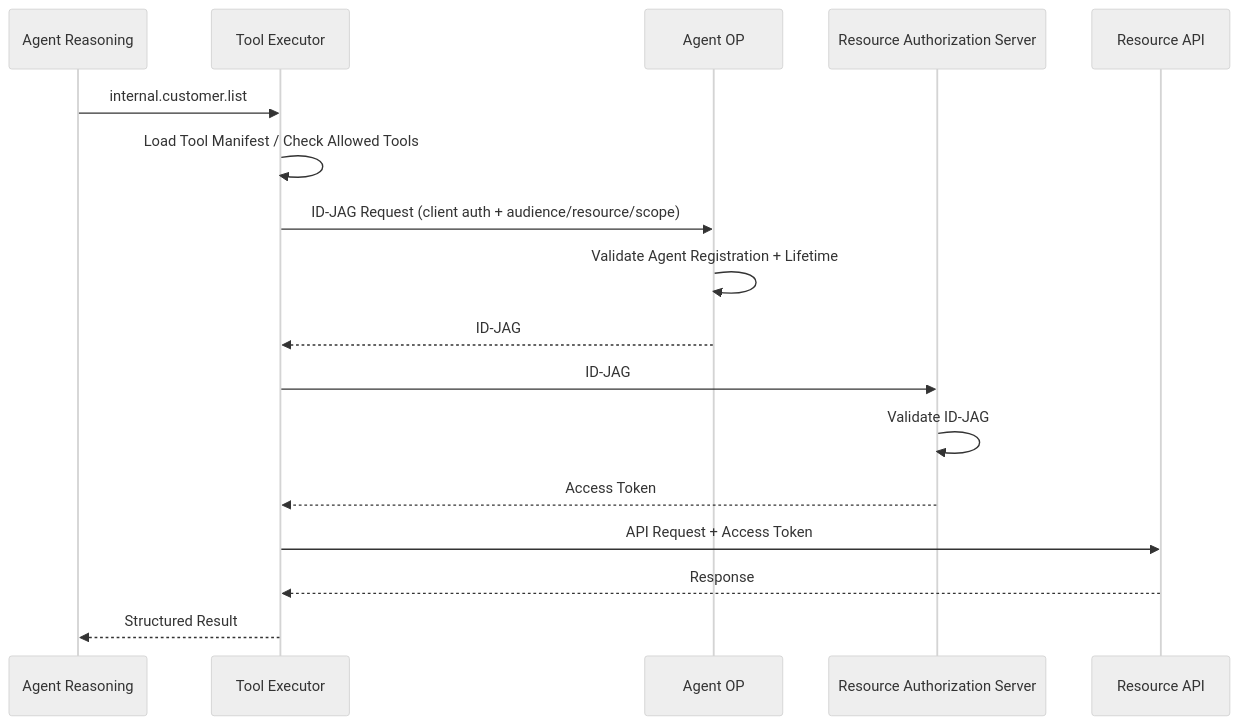
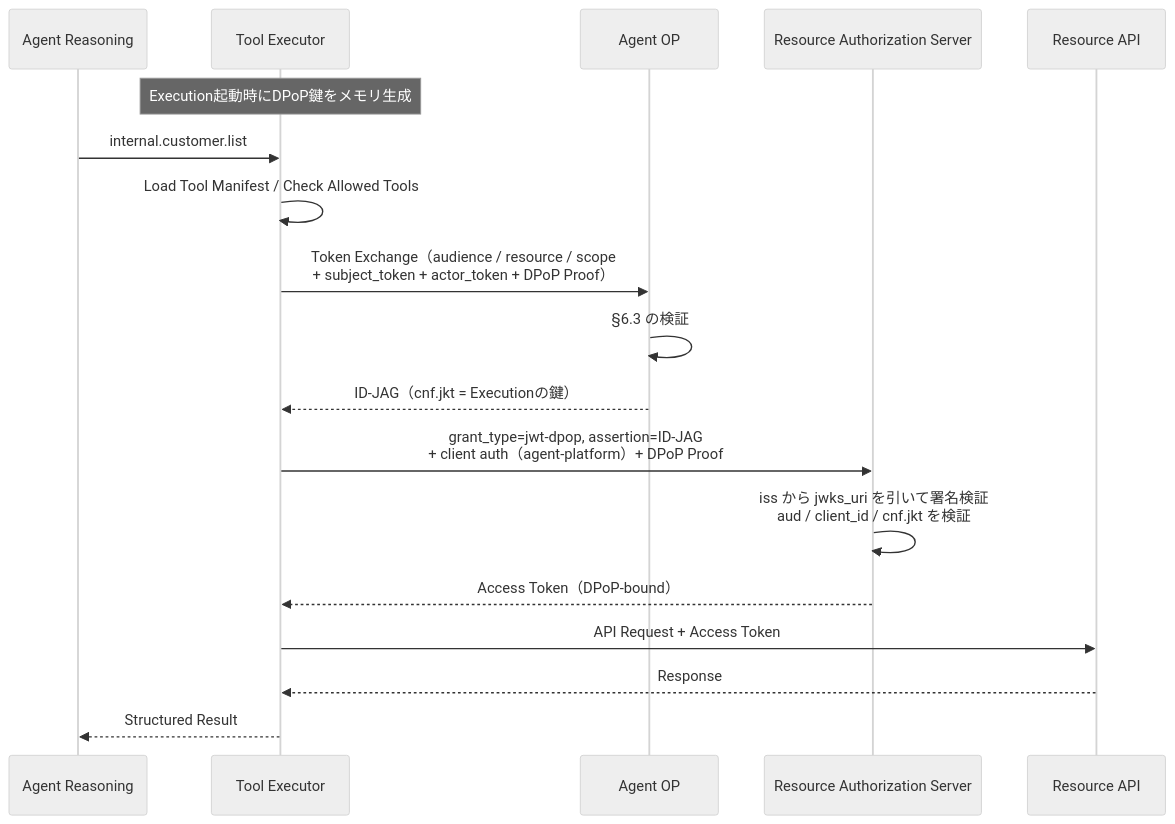
One commit to maronnjapan/agent-xaa-platform changed the third of 3 diagrams in docs/05-identity.md. Above: the diagram before and after it, drawn with Mermaid (neutral theme). The commit also changed other lines of this file and 13 other files, not shown here.

````diff
--- a/docs/05-identity.md
+++ b/docs/05-identity.md
@@ -280,20 +566,21 @@
 ```mermaid
 sequenceDiagram
     participant AI as Agent Reasoning
     participant TOOL as Tool Executor
     participant OP as Agent OP
     participant AS as Resource Authorization Server
     participant API as Resource API
 
+    Note over TOOL: Execution起動時にDPoP鍵をメモリ生成
     AI->>TOOL: internal.customer.list
     TOOL->>TOOL: Load Tool Manifest / Check Allowed Tools
-    TOOL->>OP: ID-JAG Request (client auth + audience/resource/scope)
-    OP->>OP: Validate Agent Registration + Lifetime
-    OP-->>TOOL: ID-JAG
-    TOOL->>AS: ID-JAG
-    AS->>AS: Validate ID-JAG
-    AS-->>TOOL: Access Token
+    TOOL->>OP: Token Exchange（audience / resource / scope<br/>+ subject_token + actor_token + DPoP Proof）
+    OP->>OP: §6.3 の検証
+    OP-->>TOOL: ID-JAG（cnf.jkt = Executionの鍵）
+    TOOL->>AS: grant_type=jwt-dpop, assertion=ID-JAG<br/>+ client auth（agent-platform）+ DPoP Proof
+    AS->>AS: iss から jwks_uri を引いて署名検証<br/>aud / client_id / cnf.jkt を検証
+    AS-->>TOOL: Access Token（DPoP-bound）
     TOOL->>API: API Request + Access Token
     API-->>TOOL: Response
     TOOL-->>AI: Structured Result
 ```
````
